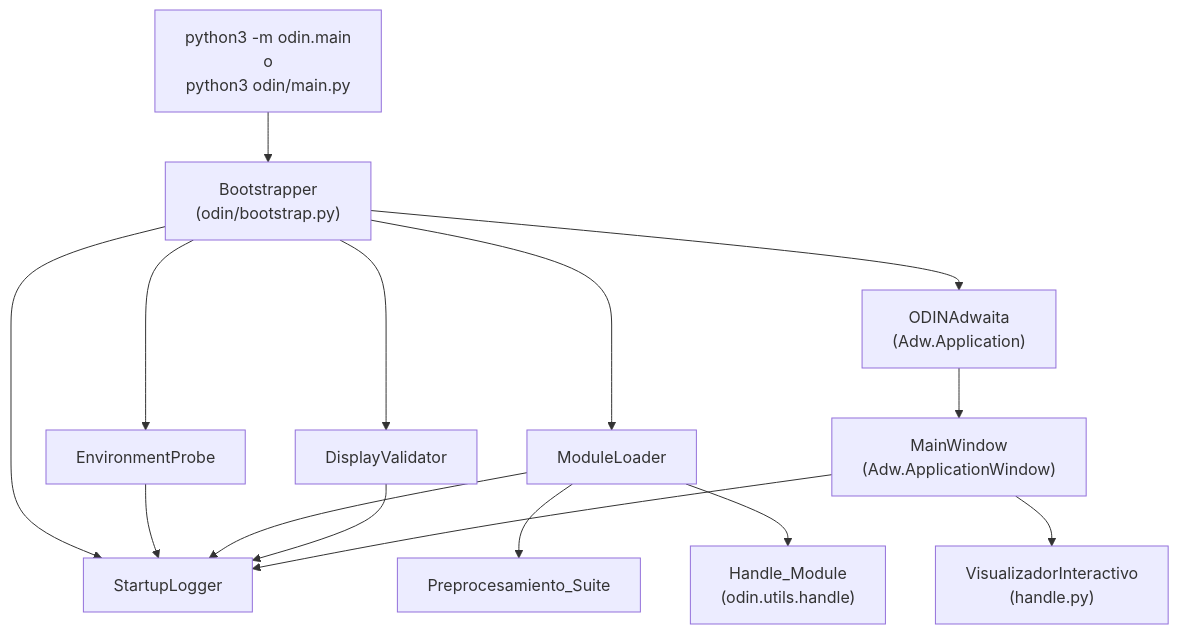
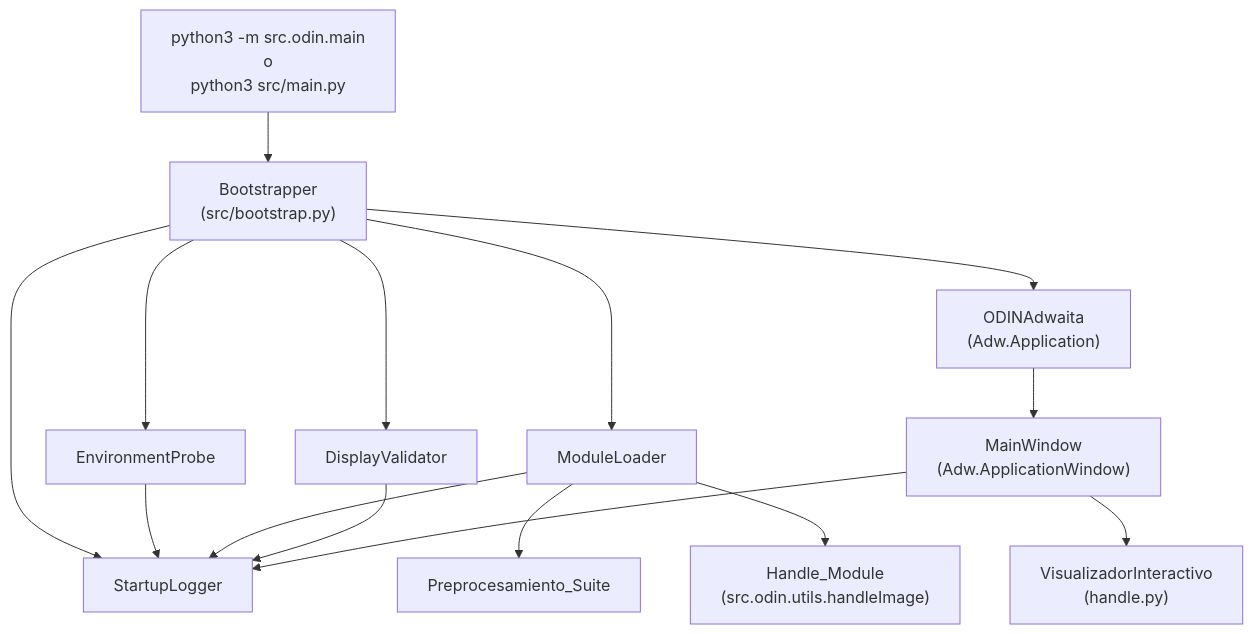
Before and after one commit to JoseloCelis/ODIN: the first of 3 diagrams in .kiro/specs/odin-startup-structure/design.md, drawn with Mermaid. The commit also changed other lines of this file and 8 other files, not shown here.

````diff
--- a/.kiro/specs/odin-startup-structure/design.md
+++ b/.kiro/specs/odin-startup-structure/design.md
@@ -37,29 +37,29 @@
 ```mermaid
 graph TD
-    EntryPoint["python3 -m odin.main\no\npython3 odin/main.py"]
-    Bootstrap["Bootstrapper\n(odin/bootstrap.py)"]
+    EntryPoint["python3 -m src.odin.main\no\npython3 src/main.py"]
+    Bootstrap["Bootstrapper\n(src/bootstrap.py)"]
     SL["StartupLogger"]
     EP["EnvironmentProbe"]
     ML["ModuleLoader"]
     DV["DisplayValidator"]
     App["ODINAdwaita\n(Adw.Application)"]
     MW["MainWindow\n(Adw.ApplicationWindow)"]
     VI["VisualizadorInteractivo\n(handle.py)"]
     PS["Preprocesamiento_Suite"]
-    HM["Handle_Module\n(odin.utils.handle)"]
+    HM["Handle_Module\n(src.odin.utils.handleImage)"]
 
     EntryPoint --> Bootstrap
     Bootstrap --> SL
     Bootstrap --> EP
     Bootstrap --> ML
     Bootstrap --> DV
     EP --> SL
     ML --> SL
     ML --> PS
     ML --> HM
     DV --> SL
     Bootstrap --> App
     App --> MW
     MW --> VI
     MW --> SL
 ```
````
